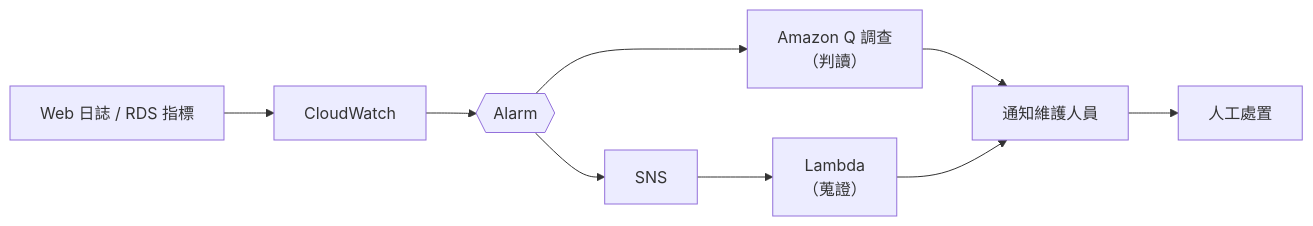
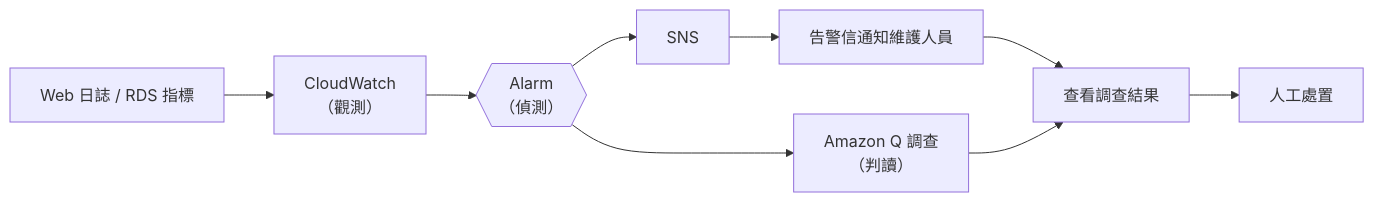
Before and after one commit to willyos0113/wp_agentops: the diagram in README.md, drawn with Mermaid. The commit also changed other lines of this file, not shown here.

First line of the commit message:
P1-2 移除 Lambda，改由 Alarm 平行觸發 Amazon Q 調查與告警信

````diff
--- a/README.md
+++ b/README.md
@@ -121,11 +121,11 @@
 ```mermaid
 flowchart LR
-    A["Web 日誌 / RDS 指標"] --> B[CloudWatch]
-    B --> C{{Alarm}}
+    A["Web 日誌 / RDS 指標"] --> B["CloudWatch<br/>（觀測）"]
+    B --> C{{"Alarm<br/>（偵測）"}}
     C --> D["Amazon Q 調查<br/>（判讀）"]
     C --> E[SNS]
-    E --> F["Lambda<br/>（蒐證）"]
-    D --> G[通知維護人員]
-    F --> G
+    E --> F[告警信通知維護人員]
+    F --> G[查看調查結果]
+    D --> G
     G --> H[人工處置]
 ```
````
